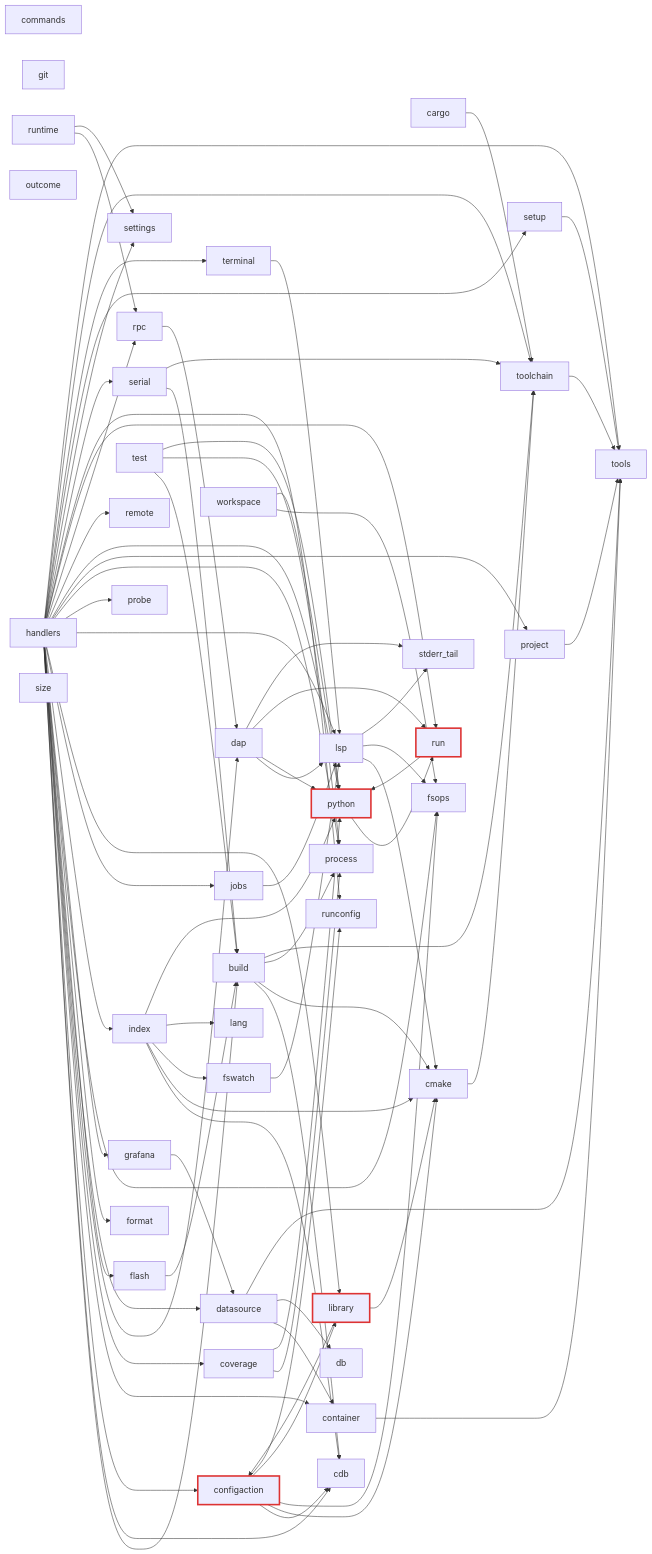
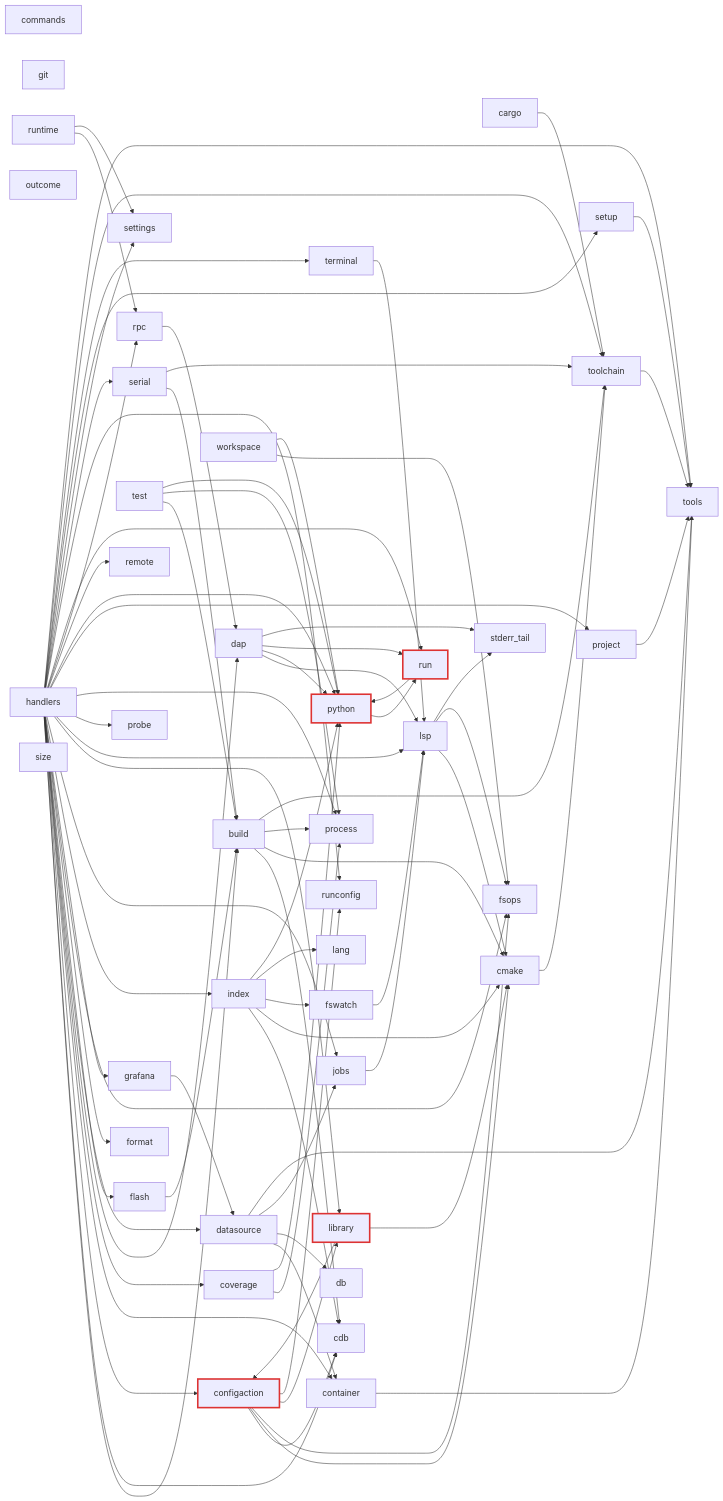
One commit to ViktorWalde/KineinVectis changed the third of 16 diagrams in DocsPublic/arquitetura/01-mapa-de-modulos.md. Above: the diagram before and after it, drawn with Mermaid. The commit also changed other lines of this file and 65 other files, not shown here.

```diff
--- a/DocsPublic/arquitetura/01-mapa-de-modulos.md
+++ b/DocsPublic/arquitetura/01-mapa-de-modulos.md
@@ -148,6 +148,7 @@
   n_core_dap --> n_core_stderr_tail
   n_core_datasource --> n_core_container
   n_core_datasource --> n_core_db
+  n_core_datasource --> n_core_jobs
   n_core_datasource --> n_core_tools
   n_core_flash --> n_core_build
   n_core_fswatch --> n_core_lsp
```
